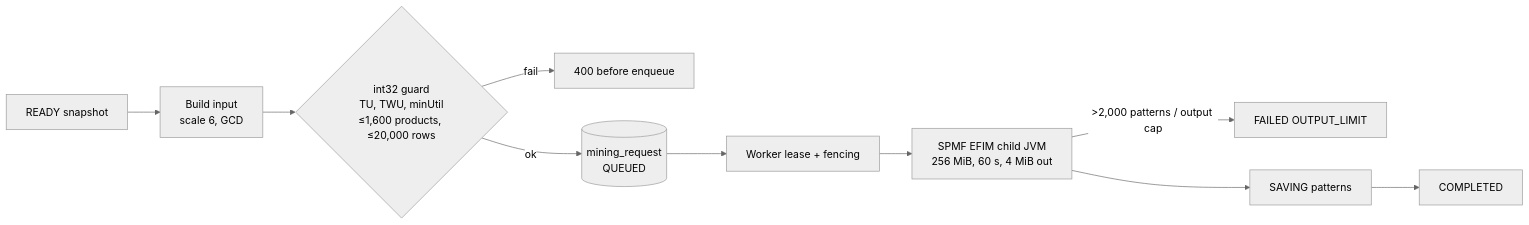
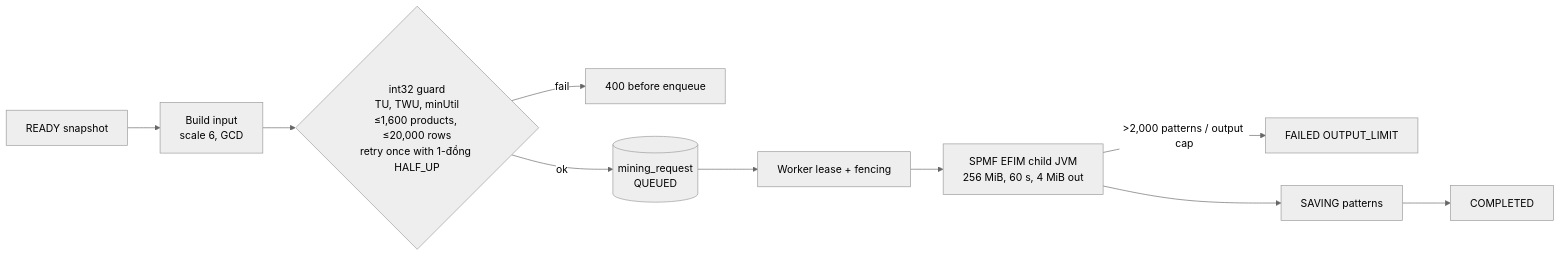
One commit to PhanHoangDuy61/CP_FA26_PASPM_BE changed the third of 3 diagrams in docs/product/ARCHITECTURE_SDD.md. Above: the diagram before and after it, drawn with Mermaid (neutral theme). The commit also changed other lines of this file and 9 other files, not shown here.

````diff
--- a/docs/product/ARCHITECTURE_SDD.md
+++ b/docs/product/ARCHITECTURE_SDD.md
@@ -196,11 +196,11 @@
 ```mermaid
 flowchart LR
   S[READY snapshot] --> B[Build input<br/>scale 6, GCD]
-  B --> G{int32 guard<br/>TU, TWU, minUtil<br/>≤1,600 products, ≤20,000 rows}
+  B --> G{int32 guard<br/>TU, TWU, minUtil<br/>≤1,600 products, ≤20,000 rows<br/>retry once with 1-đồng HALF_UP}
   G -- fail --> E400[400 before enqueue]
   G -- ok --> Q[(mining_request<br/>QUEUED)]
   Q --> L[Worker lease + fencing]
   L --> P[SPMF EFIM child JVM<br/>256 MiB, 60 s, 4 MiB out]
   P -- >2,000 patterns / output cap --> F[FAILED OUTPUT_LIMIT]
   P --> SV[SAVING patterns] --> C[COMPLETED]
 ```
````
